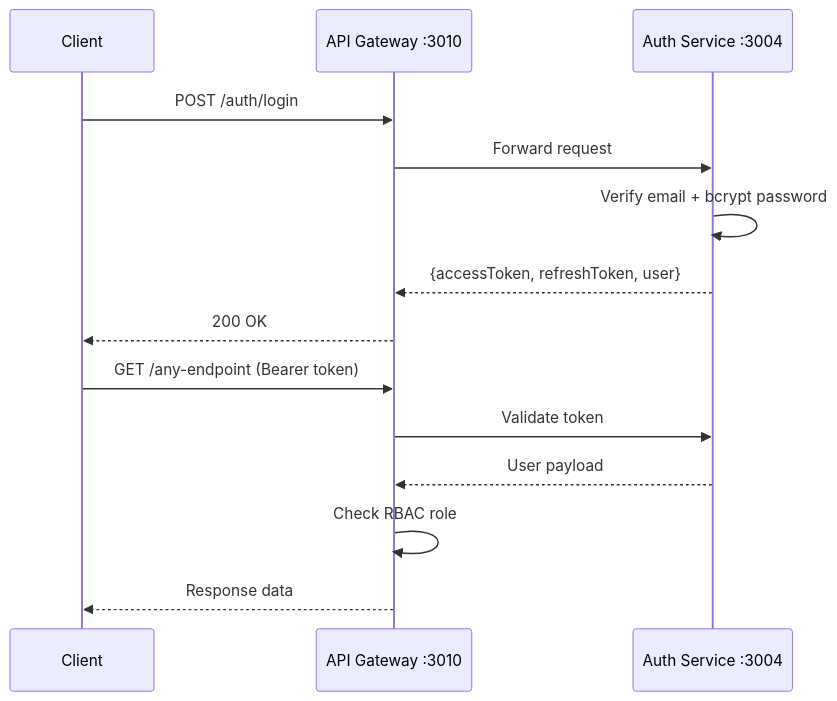
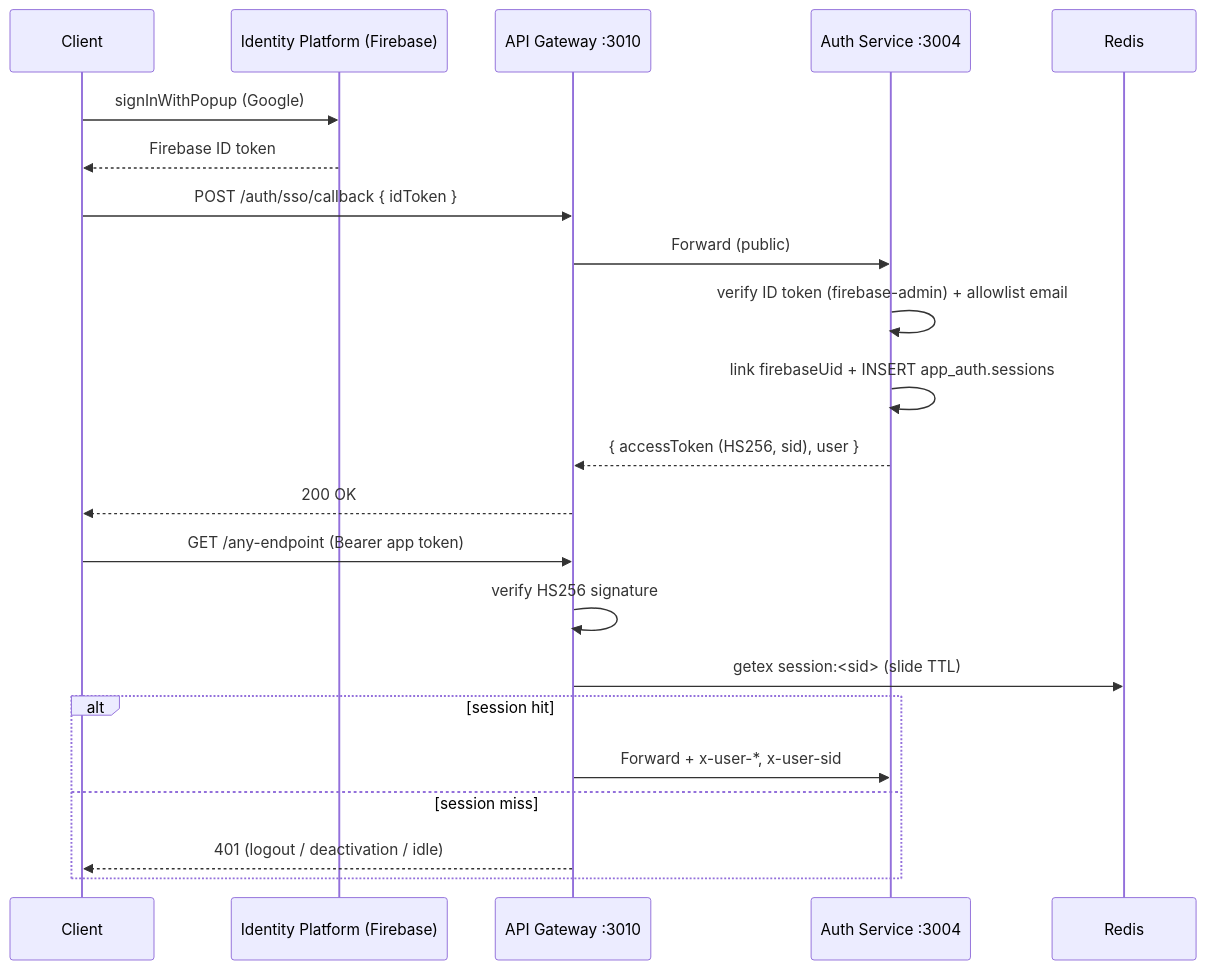
One commit to ndmthuan97/ERP-Prototype-Example changed the first of 2 diagrams in docs/api/auth-endpoints.md. Above: the diagram before and after it, drawn with Mermaid. The commit also changed other lines of this file and 200 other files, not shown here.

First line of the commit message:
feat(auth): integrate Google sign-in with Firebase Identity Platform

````diff
--- a/docs/api/auth-endpoints.md
+++ b/docs/api/auth-endpoints.md
@@ -44,18 +45,26 @@
 ```mermaid
 sequenceDiagram
     participant Client
+    participant Firebase as Identity Platform (Firebase)
     participant Gateway as API Gateway :3010
     participant Auth as Auth Service :3004
+    participant Redis
 
-    Client->>Gateway: POST /auth/login
-    Gateway->>Auth: Forward request
-    Auth->>Auth: Verify email + bcrypt password
-    Auth-->>Gateway: {accessToken, refreshToken, user}
+    Client->>Firebase: signInWithPopup (Google)
+    Firebase-->>Client: Firebase ID token
+    Client->>Gateway: POST /auth/sso/callback { idToken }
+    Gateway->>Auth: Forward (public)
+    Auth->>Auth: verify ID token (firebase-admin) + allowlist email
+    Auth->>Auth: link firebaseUid + INSERT app_auth.sessions
+    Auth-->>Gateway: { accessToken (HS256, sid), user }
     Gateway-->>Client: 200 OK
 
-    Client->>Gateway: GET /any-endpoint (Bearer token)
-    Gateway->>Auth: Validate token
-    Auth-->>Gateway: User payload
-    Gateway->>Gateway: Check RBAC role
-    Gateway-->>Client: Response data
+    Client->>Gateway: GET /any-endpoint (Bearer app token)
+    Gateway->>Gateway: verify HS256 signature
+    Gateway->>Redis: getex session:<sid> (slide TTL)
+    alt session hit
+        Gateway->>Auth: Forward + x-user-*, x-user-sid
+    else session miss
+        Gateway-->>Client: 401 (logout / deactivation / idle)
+    end
 ```
````
